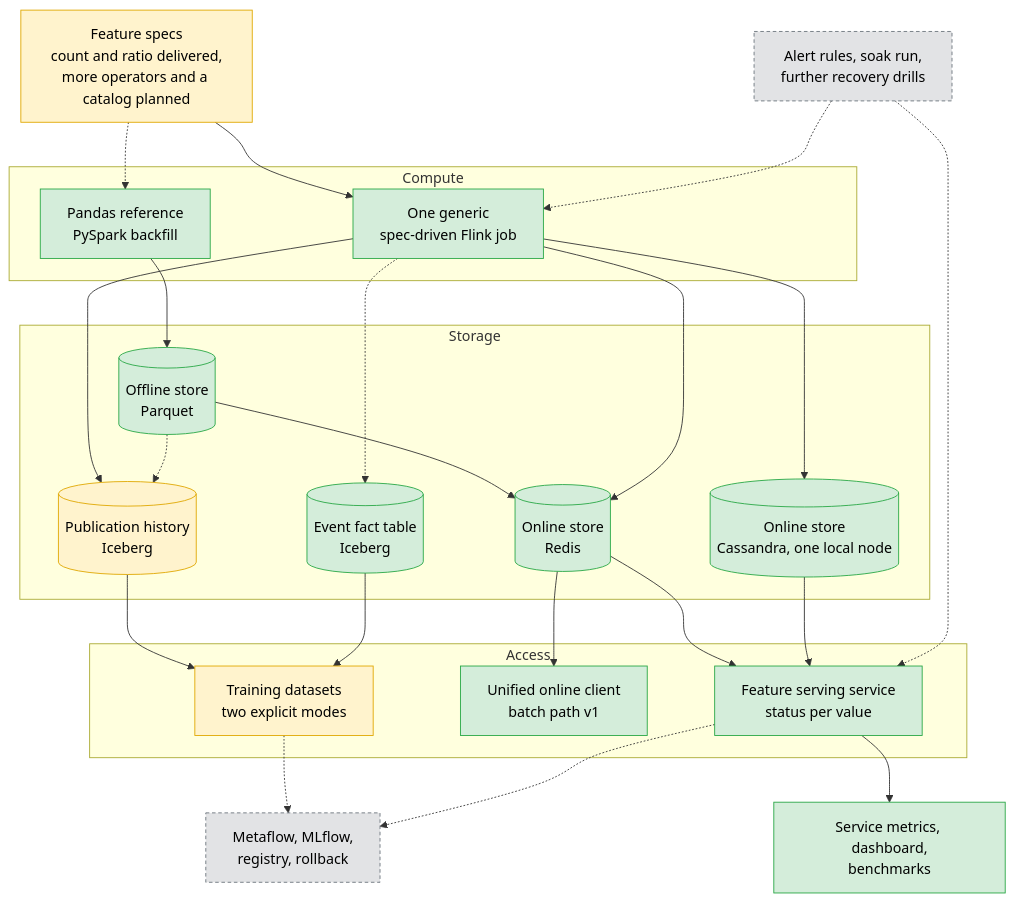
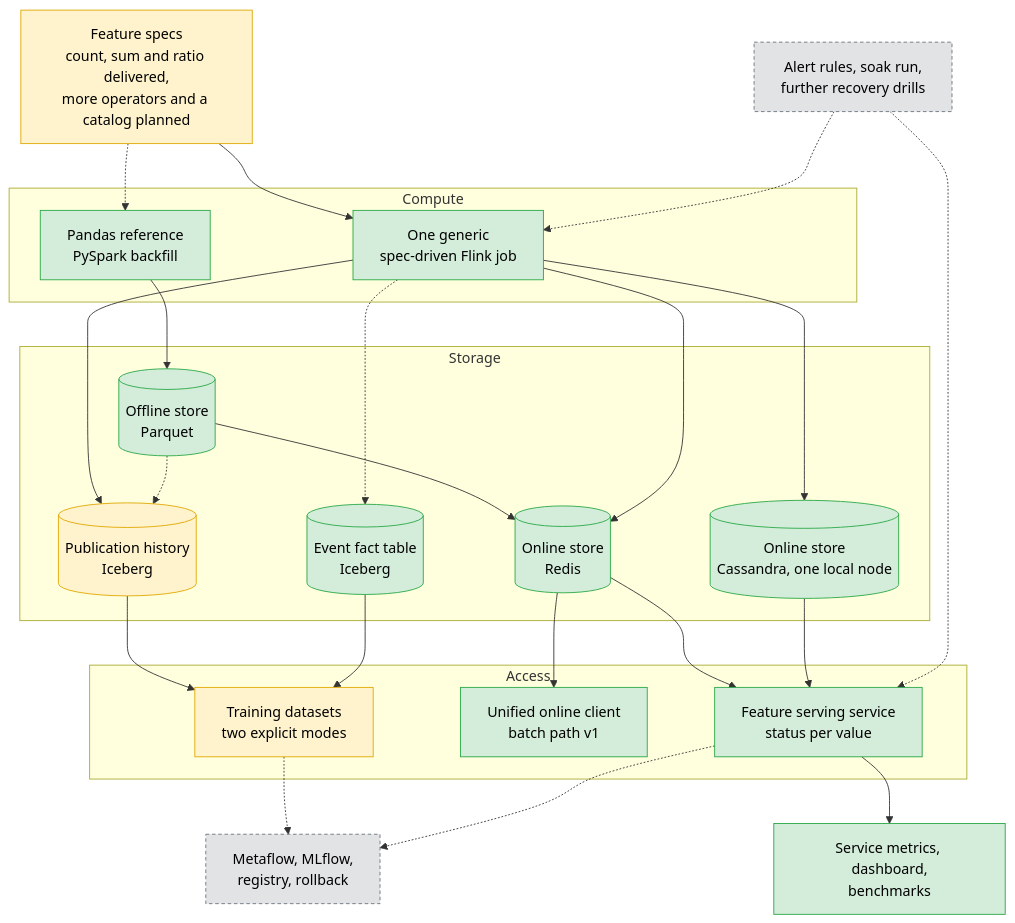
One commit to oster-dev/featureforge changed the first of 4 diagrams in docs/PLATFORM_BLUEPRINT.md. Above: the diagram before and after it, drawn with Mermaid. The commit also changed other lines of this file and 25 other files, not shown here.

````diff
--- a/docs/PLATFORM_BLUEPRINT.md
+++ b/docs/PLATFORM_BLUEPRINT.md
@@ -60,46 +60,46 @@
 ```mermaid
 flowchart TB
-    SPEC["Feature specs<br/>count and ratio delivered,<br/>more operators and a catalog planned"]:::wip
+    SPEC["Feature specs<br/>count, sum and ratio delivered,<br/>more operators and a catalog planned"]:::wip
 
     subgraph Compute
         BATCH["Pandas reference<br/>PySpark backfill"]:::done
         STREAM["One generic<br/>spec-driven Flink job"]:::done
     end
 
     subgraph Storage
         OFF[("Offline store<br/>Parquet")]:::done
         ON[("Online store<br/>Redis")]:::done
         ON2[("Online store<br/>Cassandra, one local node")]:::done
         HIST[("Publication history<br/>Iceberg")]:::wip
         FACTS[("Event fact table<br/>Iceberg")]:::done
     end
 
     subgraph Access
         SERVICE["Feature serving service<br/>status per value"]:::done
         CLIENT["Unified online client<br/>batch path v1"]:::done
         DATASET["Training datasets<br/>two explicit modes"]:::wip
     end
 
     OBS1["Service metrics, dashboard,<br/>benchmarks"]:::done
     OBS2["Alert rules, soak run,<br/>further recovery drills"]:::plan
     ML["Metaflow, MLflow,<br/>registry, rollback"]:::plan
 
     SPEC --> STREAM
     SPEC -.-> BATCH
     BATCH --> OFF --> ON
     STREAM --> ON & ON2
     STREAM --> HIST
     STREAM -.-> FACTS
     OFF -.-> HIST
     ON & ON2 --> SERVICE
     ON --> CLIENT
     HIST & FACTS --> DATASET
     DATASET -.-> ML
     SERVICE -.-> ML
     SERVICE --> OBS1
     OBS2 -.-> STREAM & SERVICE
 
     classDef done fill:#d4edda,stroke:#28a745,color:#000
     classDef wip fill:#fff3cd,stroke:#e0a800,color:#000
     classDef plan fill:#e2e3e5,stroke:#6c757d,color:#000,stroke-dasharray: 4 3
 ```
````
